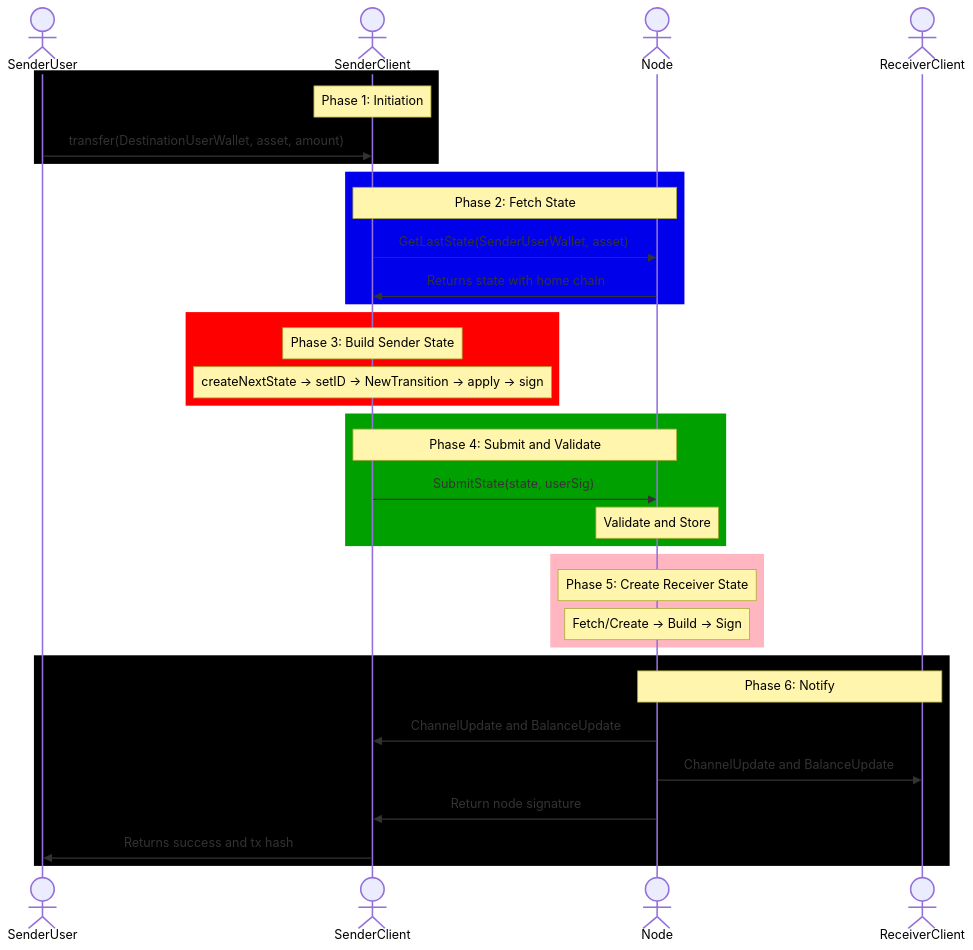
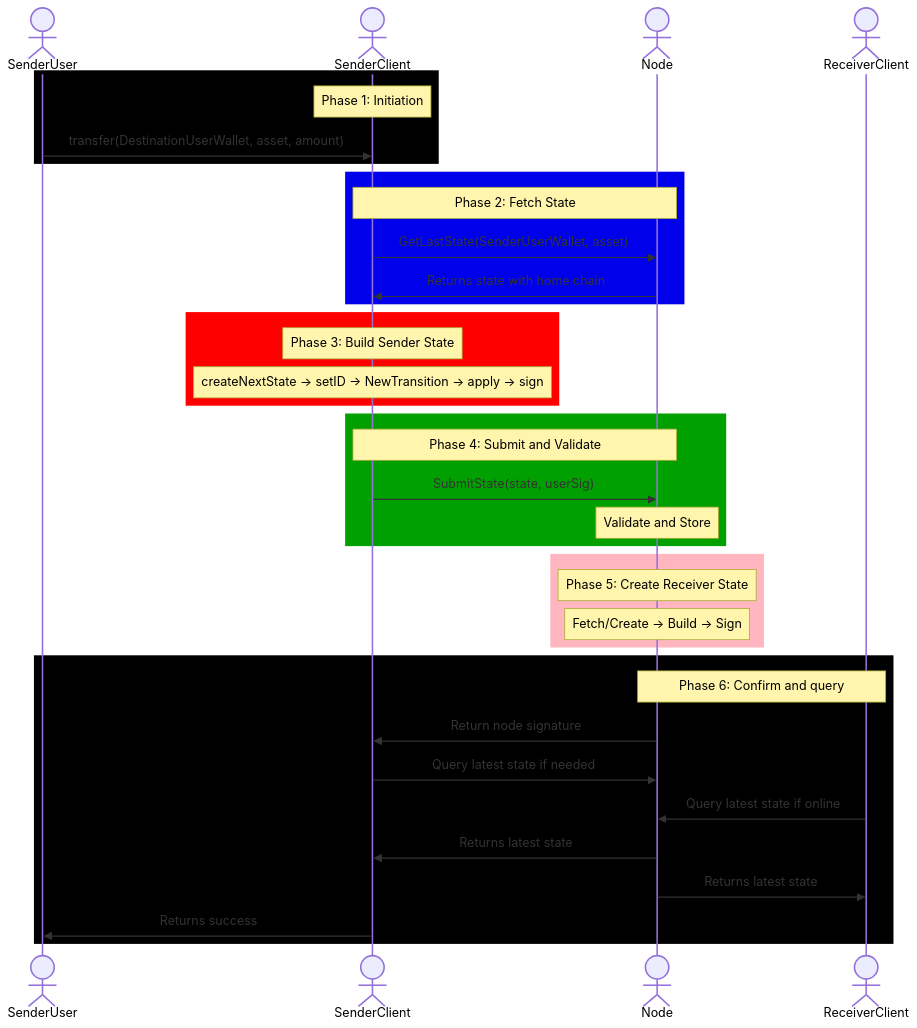
One commit to layer-3/docs changed the seventh of 7 diagrams in docs/nitrolite/learn/protocol-flows/transfer-flow.mdx. Above: the diagram before and after it, drawn with Mermaid. The commit also changed other lines of this file and 20 other files, not shown here.

````diff
--- a/docs/nitrolite/learn/protocol-flows/transfer-flow.mdx
+++ b/docs/nitrolite/learn/protocol-flows/transfer-flow.mdx
@@ -335,42 +335,44 @@
 ```mermaid
 sequenceDiagram
     actor SenderUser
     actor SenderClient
     actor Node
     actor ReceiverClient
 
     rect rgb(0, 0, 0)
         Note over SenderClient: Phase 1: Initiation
         SenderUser->>SenderClient: transfer(DestinationUserWallet, asset, amount)
     end
 
     rect rgb(0, 0, 235)
         Note over SenderClient,Node: Phase 2: Fetch State
         SenderClient->>Node: GetLastState(SenderUserWallet, asset)
         Node->>SenderClient: Returns state with home chain
     end
 
     rect rgb(255, 0, 0)
         Note over SenderClient: Phase 3: Build Sender State
         Note over SenderClient: createNextState -> setID -> NewTransition -> apply -> sign
     end
 
     rect rgb(0, 160, 0)
         Note over SenderClient,Node: Phase 4: Submit and Validate
         SenderClient->>Node: SubmitState(state, userSig)
         Note over Node: Validate and Store
     end
 
     rect rgb(255, 182, 193)
         Note over Node: Phase 5: Create Receiver State
         Note over Node: Fetch/Create -> Build -> Sign
     end
 
     rect rgb(0, 0, 0)
-        Note over Node,ReceiverClient: Phase 6: Notify
-        Node->>SenderClient: ChannelUpdate and BalanceUpdate
-        Node->>ReceiverClient: ChannelUpdate and BalanceUpdate
+        Note over Node,ReceiverClient: Phase 6: Confirm and query
         Node->>SenderClient: Return node signature
-        SenderClient->>SenderUser: Returns success and tx hash
+        SenderClient->>Node: Query latest state if needed
+        ReceiverClient->>Node: Query latest state if online
+        Node->>SenderClient: Returns latest state
+        Node->>ReceiverClient: Returns latest state
+        SenderClient->>SenderUser: Returns success
     end
 ```
````
